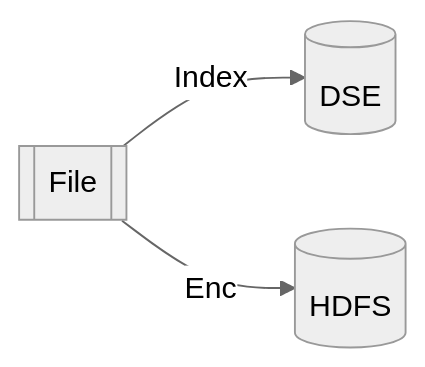
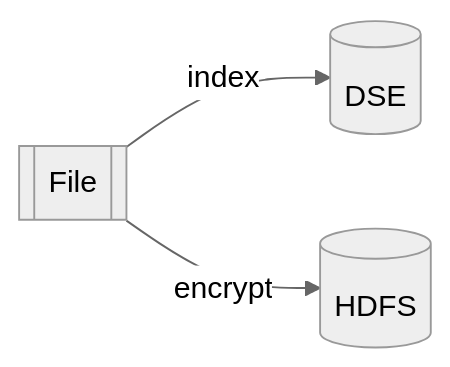
The first of 2 diagrams in README.md (Cosmian/cloudproof-big-data), drawn with Mermaid before and after one commit. The commit also changed other lines of this file, not shown here.

````diff
--- a/README.md
+++ b/README.md
@@ -27,6 +51,6 @@
 ```mermaid
 %%{init: {'theme': 'neutral'}}%%
 graph LR
-    File[[File]] -- Index --> DSE[(DSE)]
-    File[[File]] -- Enc --> HDFS[(HDFS)]
+    File[[File]] -- index --> DSE[(DSE)]
+    File[[File]] -- encrypt --> HDFS[(HDFS)]
 ```
````
